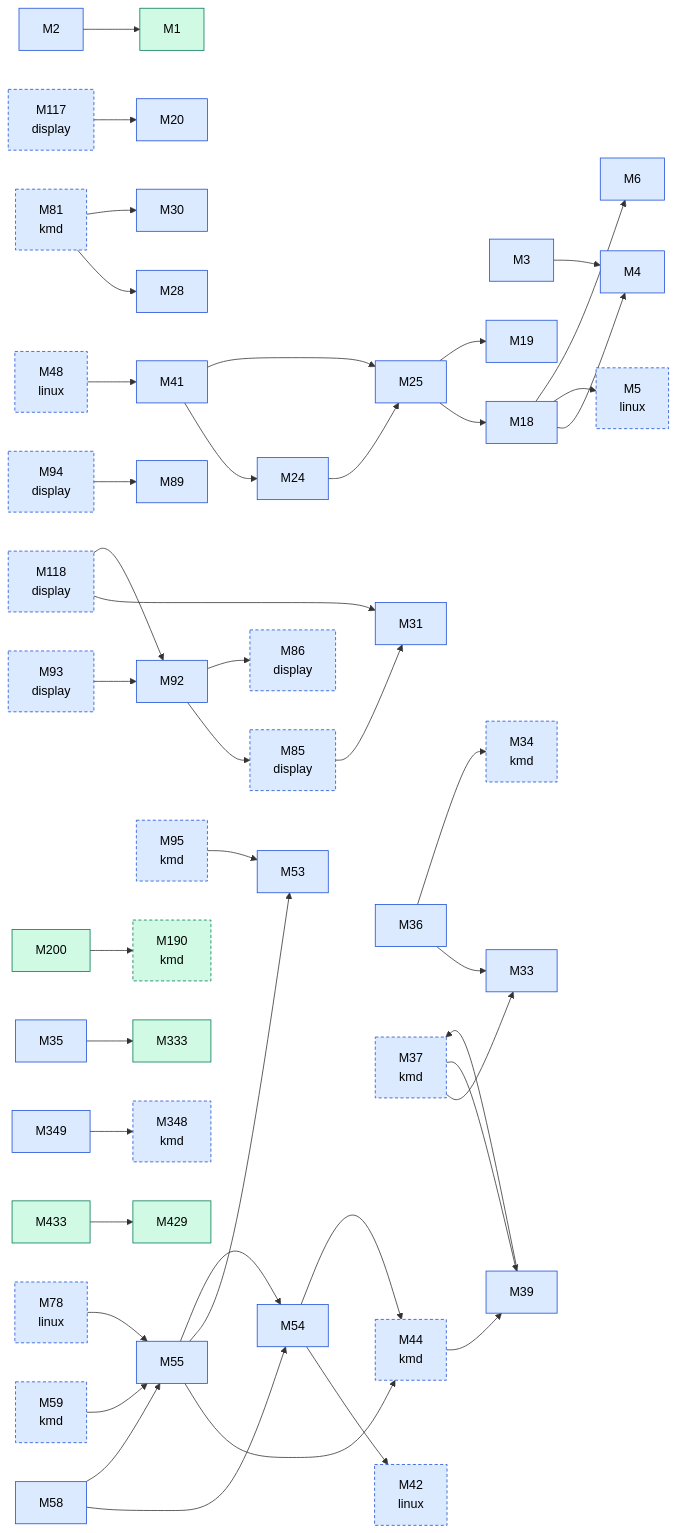
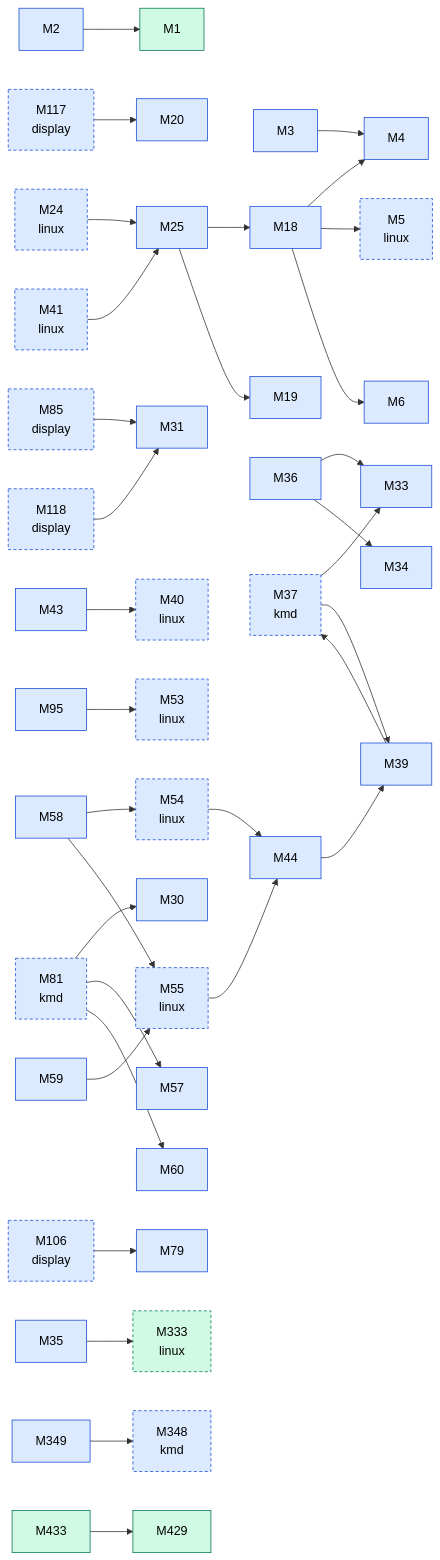
The second of 2 diagrams in docs/facts/graphs/hardware.md (D-Ogi/amdgpu-wddm), drawn with Mermaid before and after one commit. The commit also changed other lines of this file and 27 other files, not shown here.

````diff
--- a/docs/facts/graphs/hardware.md
+++ b/docs/facts/graphs/hardware.md
@@ -67,40 +67,35 @@
   M18["M18"]:::MEASURED
   M19["M19"]:::MEASURED
   M20["M20"]:::MEASURED
-  M24["M24"]:::MEASURED
+  M24["M24<br/>linux"]:::MEASURED
   M25["M25"]:::MEASURED
-  M28["M28"]:::MEASURED
   M30["M30"]:::MEASURED
   M31["M31"]:::MEASURED
   M33["M33"]:::MEASURED
-  M34["M34<br/>kmd"]:::MEASURED
+  M34["M34"]:::MEASURED
   M35["M35"]:::MEASURED
   M36["M36"]:::MEASURED
   M37["M37<br/>kmd"]:::MEASURED
   M39["M39"]:::MEASURED
-  M41["M41"]:::MEASURED
-  M42["M42<br/>linux"]:::MEASURED
-  M44["M44<br/>kmd"]:::MEASURED
-  M48["M48<br/>linux"]:::MEASURED
-  M53["M53"]:::MEASURED
-  M54["M54"]:::MEASURED
-  M55["M55"]:::MEASURED
+  M40["M40<br/>linux"]:::MEASURED
+  M41["M41<br/>linux"]:::MEASURED
+  M43["M43"]:::MEASURED
+  M44["M44"]:::MEASURED
+  M53["M53<br/>linux"]:::MEASURED
+  M54["M54<br/>linux"]:::MEASURED
+  M55["M55<br/>linux"]:::MEASURED
+  M57["M57"]:::MEASURED
   M58["M58"]:::MEASURED
-  M59["M59<br/>kmd"]:::MEASURED
-  M78["M78<br/>linux"]:::MEASURED
+  M59["M59"]:::MEASURED
+  M60["M60"]:::MEASURED
+  M79["M79"]:::MEASURED
   M81["M81<br/>kmd"]:::MEASURED
   M85["M85<br/>display"]:::MEASURED
-  M86["M86<br/>display"]:::MEASURED
-  M89["M89"]:::MEASURED
-  M92["M92"]:::MEASURED
-  M93["M93<br/>display"]:::MEASURED
-  M94["M94<br/>display"]:::MEASURED
-  M95["M95<br/>kmd"]:::MEASURED
+  M95["M95"]:::MEASURED
+  M106["M106<br/>display"]:::MEASURED
   M117["M117<br/>display"]:::MEASURED
   M118["M118<br/>display"]:::MEASURED
-  M190["M190<br/>kmd"]:::CONFIRMED
-  M200["M200"]:::CONFIRMED
-  M333["M333"]:::CONFIRMED
+  M333["M333<br/>linux"]:::CONFIRMED
   M348["M348<br/>kmd"]:::MEASURED
   M349["M349"]:::MEASURED
   M429["M429"]:::CONFIRMED
@@ -110,46 +105,37 @@
   M18 --> M4
   M18 --> M5
   M18 --> M6
-  M24 --> M25
   M25 --> M18
   M25 --> M19
   M35 --> M333
   M36 --> M33
   M36 --> M34
   M39 --> M37
-  M41 --> M24
-  M41 --> M25
-  M54 --> M42
-  M54 --> M44
-  M55 --> M44
-  M55 --> M53
-  M55 --> M54
+  M43 --> M40
+  M44 --> M39
   M58 --> M54
   M58 --> M55
-  M92 --> M85
-  M92 --> M86
-  M200 --> M190
+  M59 --> M55
+  M95 --> M53
   M349 --> M348
   M433 --> M429
   M37 --> M33
   M37 --> M39
-  M44 --> M39
-  M59 --> M55
-  M81 --> M28
   M81 --> M30
-  M95 --> M53
+  M81 --> M57
+  M81 --> M60
   M85 --> M31
-  M93 --> M92
-  M94 --> M89
+  M106 --> M79
   M117 --> M20
   M118 --> M31
-  M118 --> M92
-  M48 --> M41
-  M78 --> M55
+  M24 --> M25
+  M41 --> M25
+  M54 --> M44
+  M55 --> M44
   classDef HYPOTHESIS fill:#fff3c4,stroke:#9a7b00,color:#000
   classDef MEASURED fill:#dbeafe,stroke:#1d4ed8,color:#000
   classDef CONFIRMED fill:#d1fae5,stroke:#047857,color:#000
   classDef REFUTED fill:#fee2e2,stroke:#b91c1c,color:#000
   classDef other stroke-dasharray:4 3
-  class M5,M34,M37,M42,M44,M48,M59,M78,M81,M85,M86,M93,M94,M95,M117,M118,M190,M348 other
+  class M5,M24,M37,M40,M41,M53,M54,M55,M81,M85,M106,M117,M118,M333,M348 other
 ```
````
